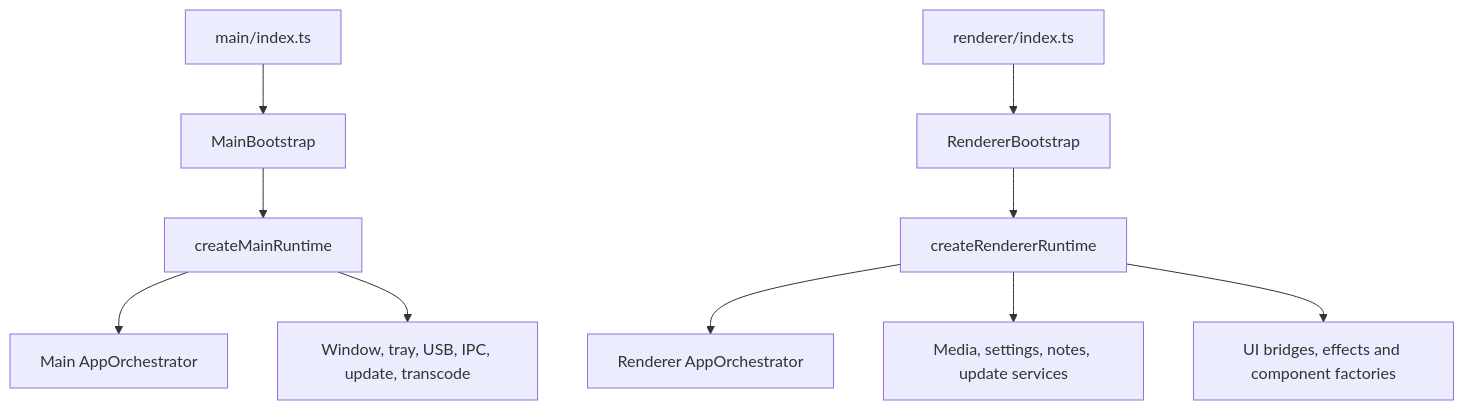
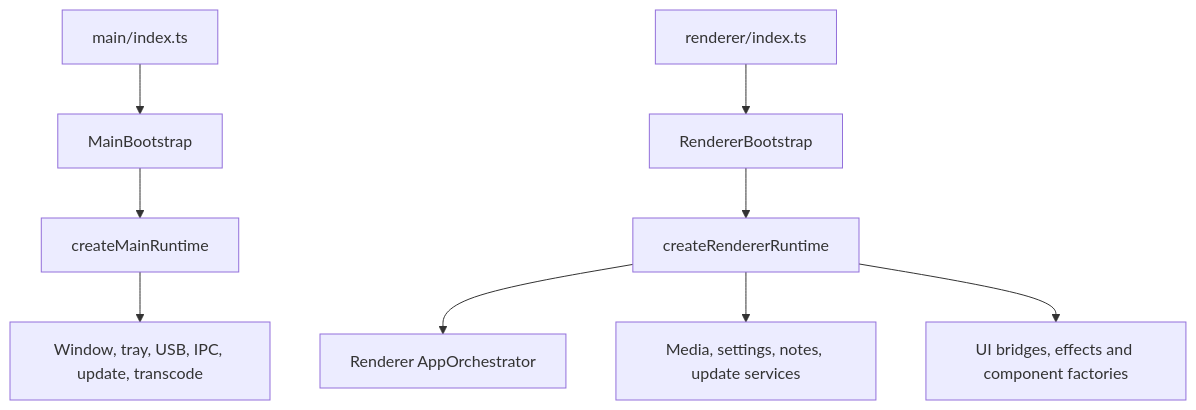
The first of 4 diagrams in docs/architecture-diagrams.md (josstei/prismgb-app), drawn with Mermaid before and after one commit. The commit also changed 124 other files, not shown here.

````diff
--- a/docs/architecture-diagrams.md
+++ b/docs/architecture-diagrams.md
@@ -9,12 +9,11 @@
 ```mermaid
 flowchart TD
   MainEntry["main/index.ts"] --> MainBootstrap
   MainBootstrap --> MainRuntime["createMainRuntime"]
-  MainRuntime --> MainApp["Main AppOrchestrator"]
   MainRuntime --> MainServices["Window, tray, USB, IPC, update, transcode"]
   RendererEntry["renderer/index.ts"] --> RendererBootstrap
   RendererBootstrap --> RendererRuntime["createRendererRuntime"]
   RendererRuntime --> RendererApp["Renderer AppOrchestrator"]
   RendererRuntime --> Services["Media, settings, notes, update services"]
   RendererRuntime --> UI["UI bridges, effects and component factories"]
 ```
````
